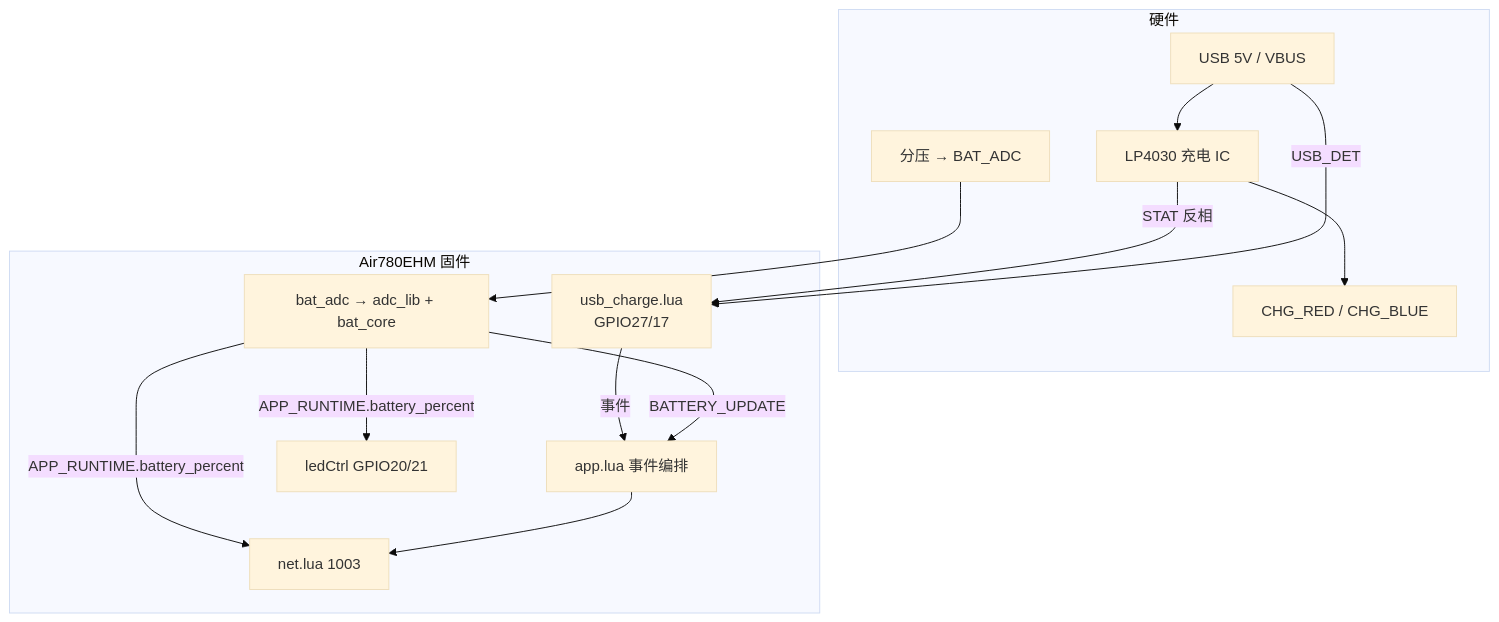
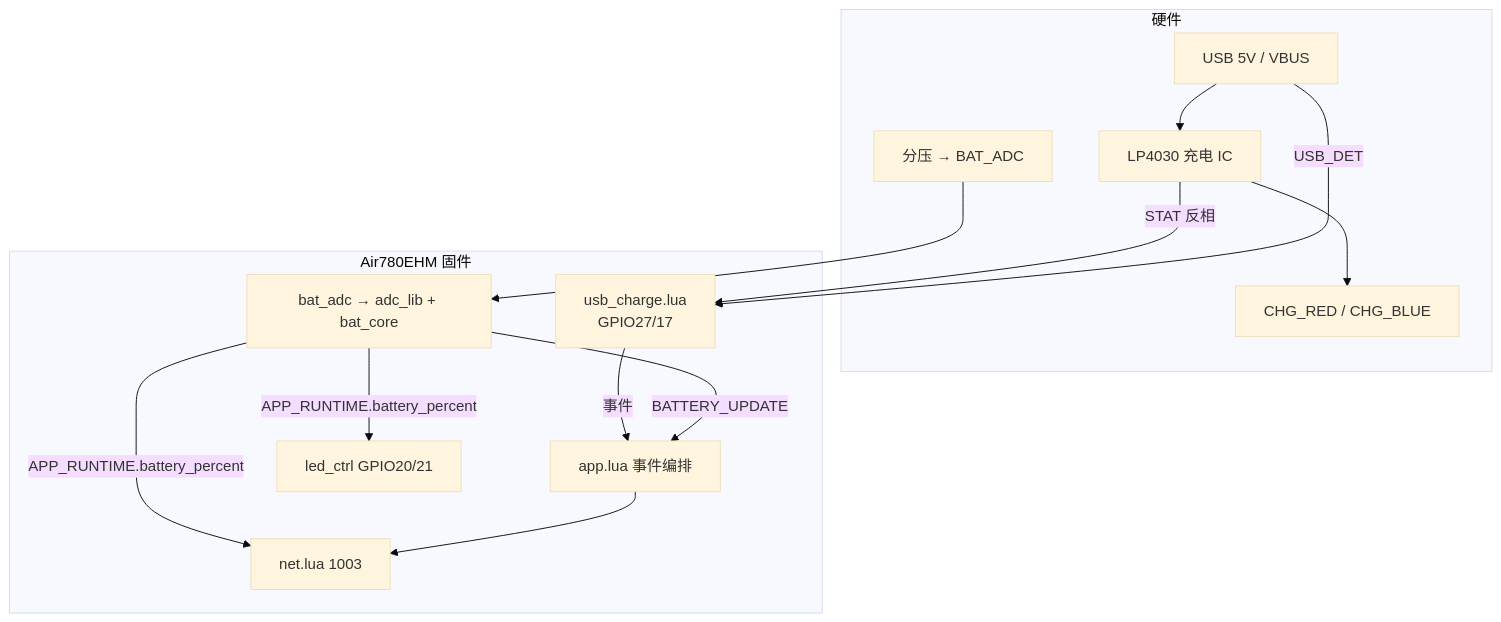
One commit to dzr1986/AIR780EHM changed the first of 4 diagrams in doc/CHARGE_BATTERY.md. Above: the diagram before and after it, drawn with Mermaid (base theme). The commit also changed other lines of this file and 40 other files, not shown here.

````diff
--- a/doc/CHARGE_BATTERY.md
+++ b/doc/CHARGE_BATTERY.md
@@ -18,26 +18,26 @@
 ```mermaid
 flowchart TB
     subgraph HW["硬件"]
         USB[USB 5V / VBUS]
         U17[LP4030 充电 IC]
         DIV[分压 → BAT_ADC]
         LED_CHG[CHG_RED / CHG_BLUE]
     end
     subgraph MCU["Air780EHM 固件"]
         CHG[usb_charge.lua<br/>GPIO27/17]
         BAT[bat_adc → adc_lib + bat_core]
         APP[app.lua 事件编排]
-        LED[ledCtrl GPIO20/21]
+        LED[led_ctrl GPIO20/21]
         NET[net.lua 1003]
     end
     USB --> U17
     U17 --> LED_CHG
     U17 -->|STAT 反相| CHG
     USB -->|USB_DET| CHG
     DIV --> BAT
     BAT -->|APP_RUNTIME.battery_percent| LED
     BAT -->|APP_RUNTIME.battery_percent| NET
     CHG -->|事件| APP
     BAT -->|BATTERY_UPDATE| APP
     APP --> NET
 ```
````
